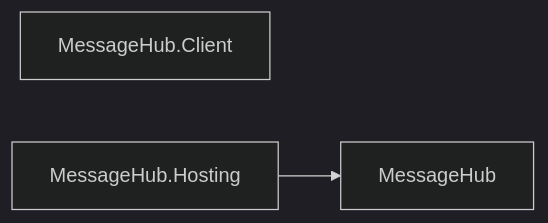
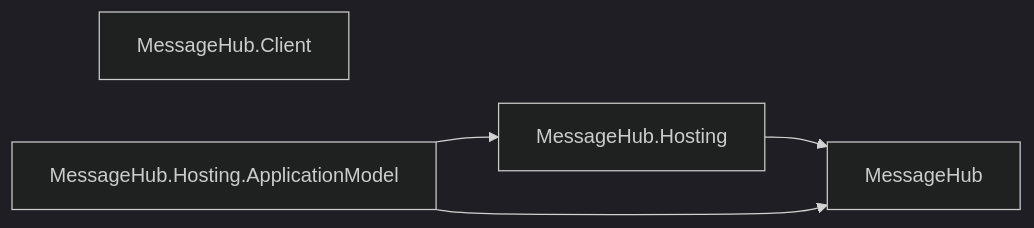
One commit to assimalign/cohesion changed diagram 21 of 27 in docs/DEPENDENCIES.md. Above: the diagram before and after it, drawn with Mermaid (dark theme). The commit also changed other lines of this file and 454 other files, not shown here.

First line of the commit message:
feat(resources): give every resource area a Hosting.ApplicationModel integration

````diff
--- a/docs/DEPENDENCIES.md
+++ b/docs/DEPENDENCIES.md
@@ -818,7 +853,10 @@
 ```mermaid
 flowchart LR
     N0["MessageHub"]
     N1["MessageHub.Client"]
     N2["MessageHub.Hosting"]
+    N3["MessageHub.Hosting.ApplicationModel"]
     N2 --> N0
+    N3 --> N0
+    N3 --> N2
 ```
````
